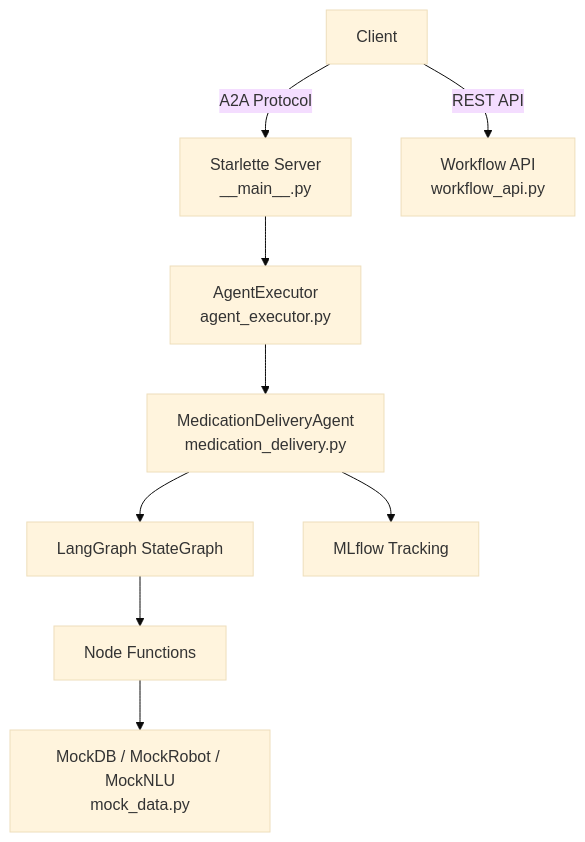
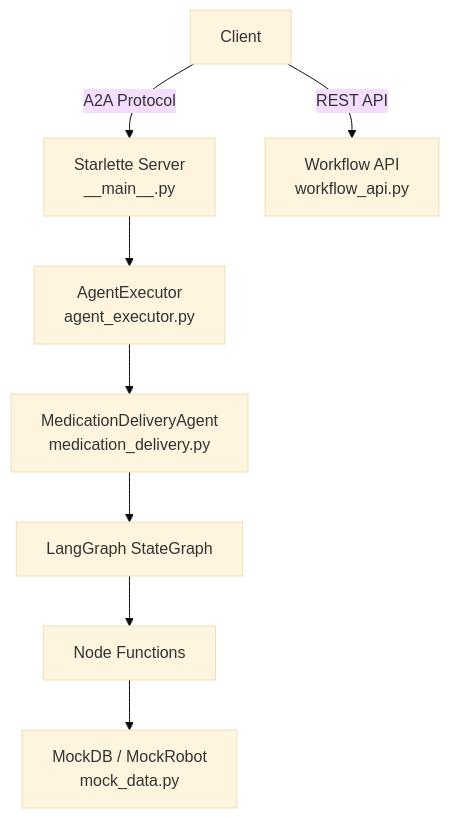
Before and after one commit to wil-li-la/langgraph-A2A: the diagram in backend/README.md, drawn with Mermaid (base theme). The commit also changed other lines of this file and 39 other files, not shown here.

Commit message:
feat: Implement core robot skills, refine backend agent execution, and update frontend UI for workflow and dashboard.

````diff
--- a/backend/README.md
+++ b/backend/README.md
@@ -7,11 +7,10 @@
 ```mermaid
 graph TB
     Client -->|A2A Protocol| Server["Starlette Server<br/>__main__.py"]
     Client -->|REST API| WorkflowAPI["Workflow API<br/>workflow_api.py"]
     Server --> Executor["AgentExecutor<br/>agent_executor.py"]
     Executor --> Agent["MedicationDeliveryAgent<br/>medication_delivery.py"]
     Agent --> Graph["LangGraph StateGraph"]
-    Agent --> MLflow["MLflow Tracking"]
     Graph --> Nodes["Node Functions"]
-    Nodes --> Mocks["MockDB / MockRobot / MockNLU<br/>mock_data.py"]
+    Nodes --> Mocks["MockDB / MockRobot<br/>mock_data.py"]
 ```
````
